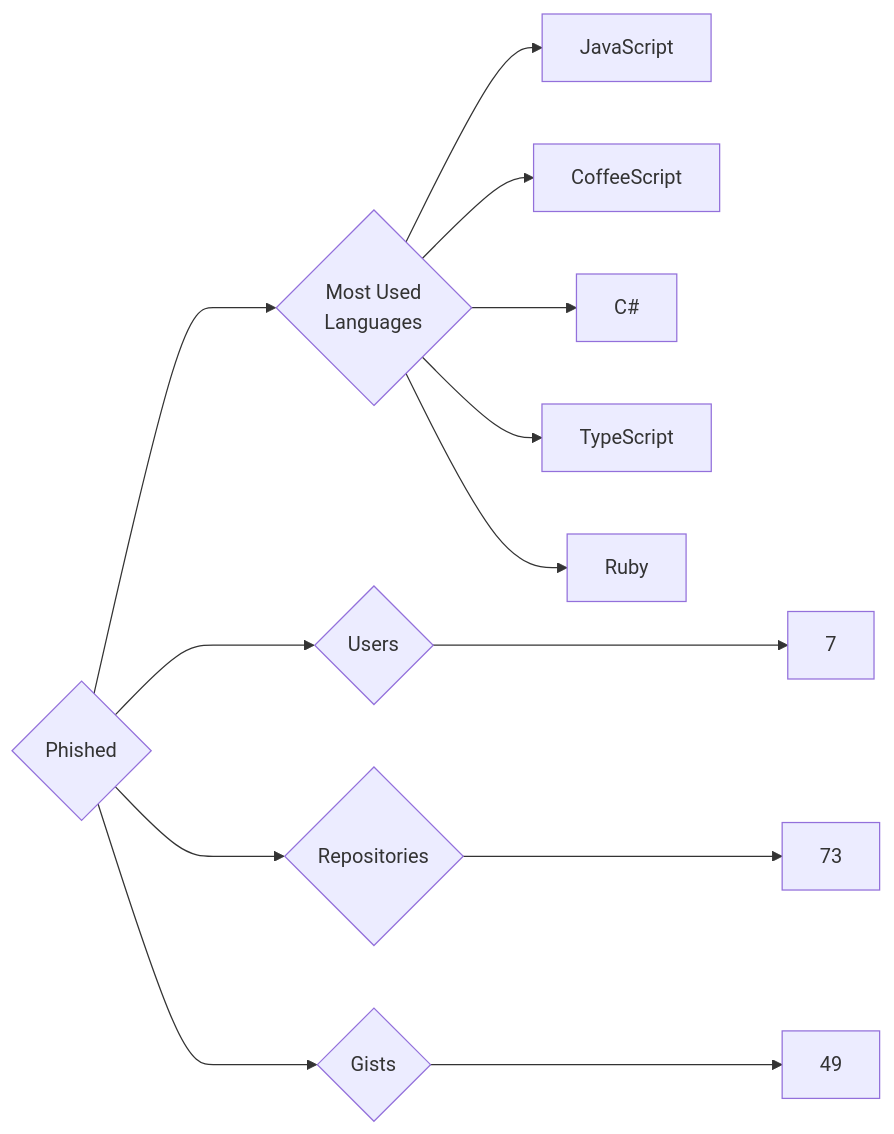
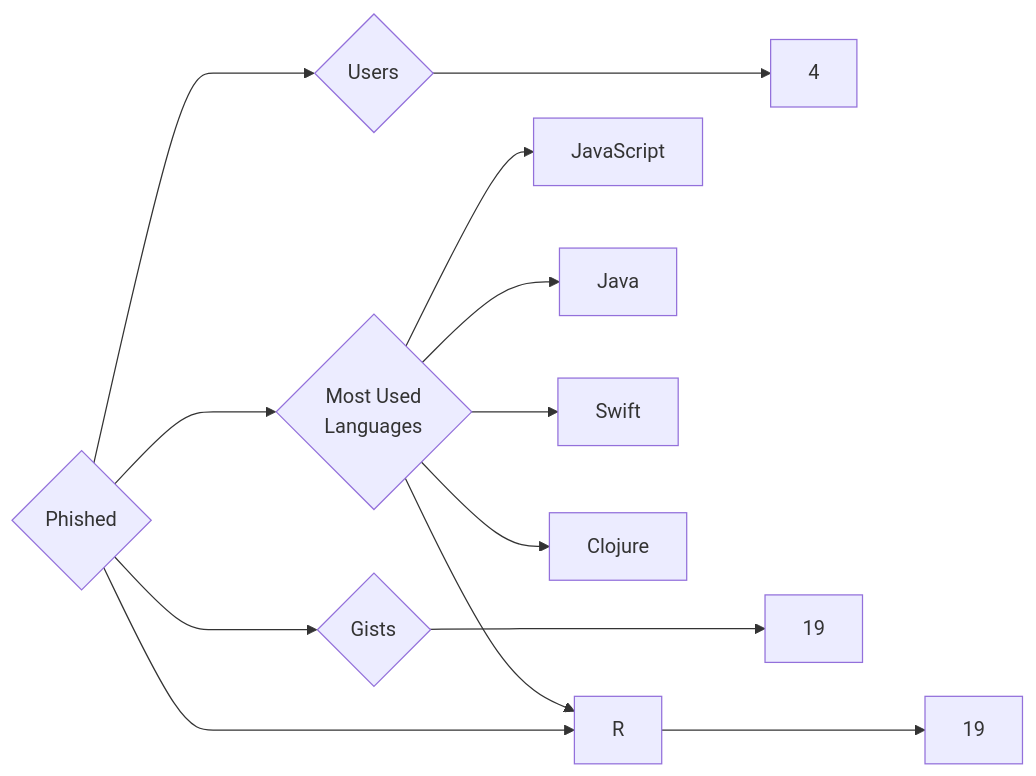
One commit to trickest/insiders changed the diagram in targets/Phished/README.md. Above: the diagram before and after it, drawn with Mermaid. The commit also changed 839 other files, not shown here.

````diff
--- a/targets/Phished/README.md
+++ b/targets/Phished/README.md
@@ -3,13 +3,13 @@
 ```mermaid
 graph LR
 COMPANY_NAME{Phished}
-COMPANY_NAME ---> U{Users} ---> UN[7]
-COMPANY_NAME ---> R{Repositories} ---> RN[73]
-COMPANY_NAME ---> G{Gists} ---> GN[49]
+COMPANY_NAME ---> U{Users} ---> UN[4]
+COMPANY_NAME ---> R{Repositories} ---> RN[19]
+COMPANY_NAME ---> G{Gists} ---> GN[19]
 COMPANY_NAME ---> ML{Most Used<br>Languages}
 ML --> JavaScript[JavaScript]
-ML --> CoffeeScript[CoffeeScript]
-ML --> C#[C#]
-ML --> TypeScript[TypeScript]
-ML --> Ruby[Ruby]
+ML --> R[R]
+ML --> Java[Java]
+ML --> Swift[Swift]
+ML --> Clojure[Clojure]
 ```
````
